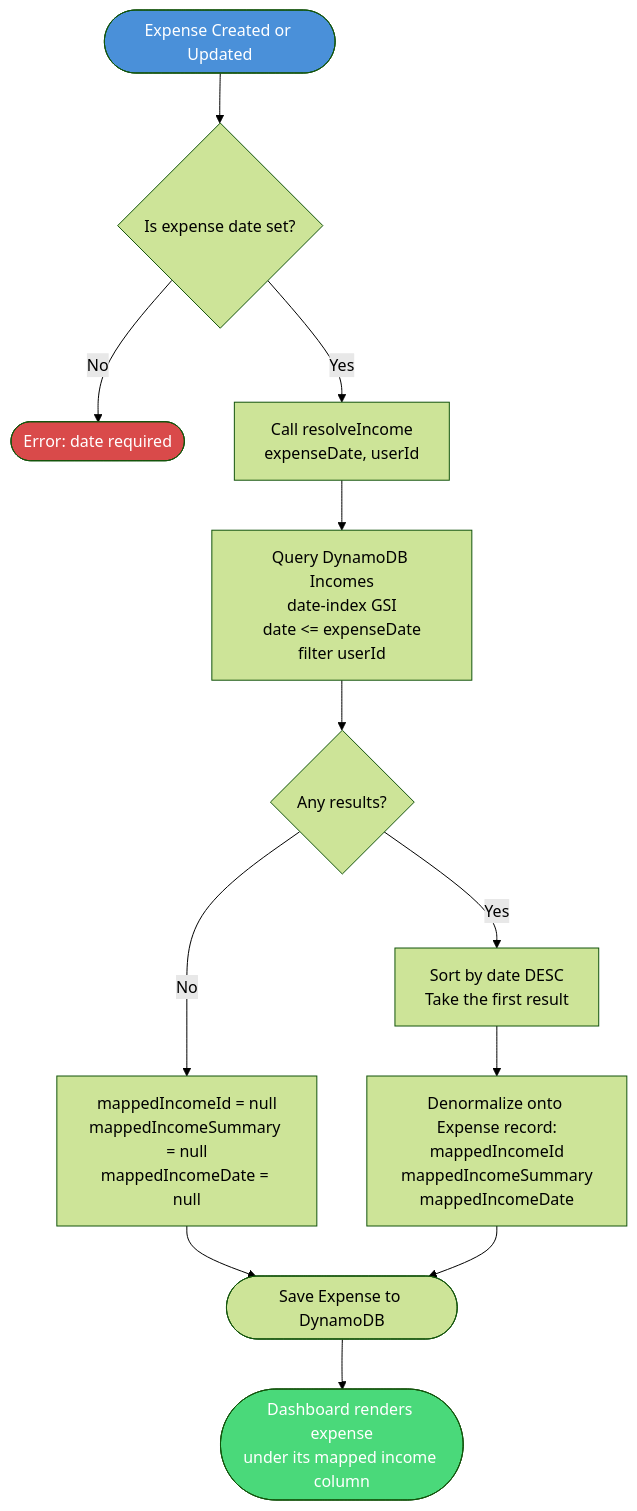
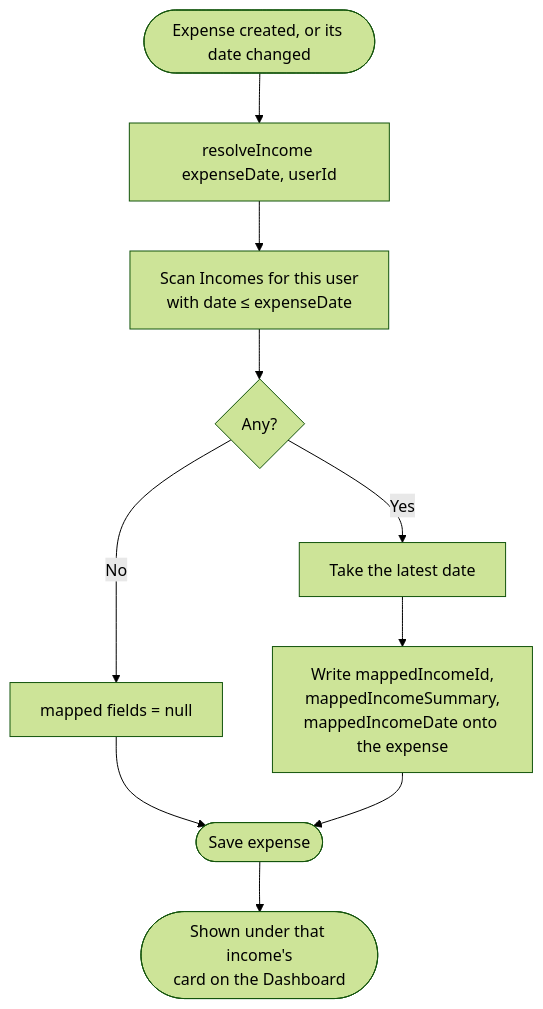
Before and after one commit to mnenciulescu/Finance4Tura: the fourth of 5 diagrams in README.md, drawn with Mermaid (forest theme). The commit also changed other lines of this file and 9 other files, not shown here.

````diff
--- a/README.md
+++ b/README.md
@@ -240,18 +247,12 @@
 ```mermaid
 flowchart TD
-    A([Expense Created or Updated]) --> B{Is expense date set?}
-    B -- No --> Z([Error: date required])
-    B -- Yes --> C[Call resolveIncome\nexpenseDate, userId]
-    C --> D[Query DynamoDB Incomes\ndate-index GSI\ndate <= expenseDate\nfilter userId]
-    D --> E{Any results?}
-    E -- No --> F[mappedIncomeId = null\nmappedIncomeSummary = null\nmappedIncomeDate = null]
-    E -- Yes --> G[Sort by date DESC\nTake the first result]
-    G --> H[Denormalize onto Expense record:\nmappedIncomeId\nmappedIncomeSummary\nmappedIncomeDate]
-    F --> I([Save Expense to DynamoDB])
+    A([Expense created, or its date changed]) --> C[resolveIncome expenseDate, userId]
+    C --> D[Scan Incomes for this user<br/>with date ≤ expenseDate]
+    D --> E{Any?}
+    E -- No --> F[mapped fields = null]
+    E -- Yes --> G[Take the latest date]
+    G --> H[Write mappedIncomeId,<br/>mappedIncomeSummary,<br/>mappedIncomeDate onto the expense]
+    F --> I([Save expense])
     H --> I
-    I --> J([Dashboard renders expense\nunder its mapped income column])
-
-    style A fill:#4A90D9,color:#fff
-    style Z fill:#D94A4A,color:#fff
-    style J fill:#4AD97A,color:#fff
+    I --> J([Shown under that income's<br/>card on the Dashboard])
 ```
````
